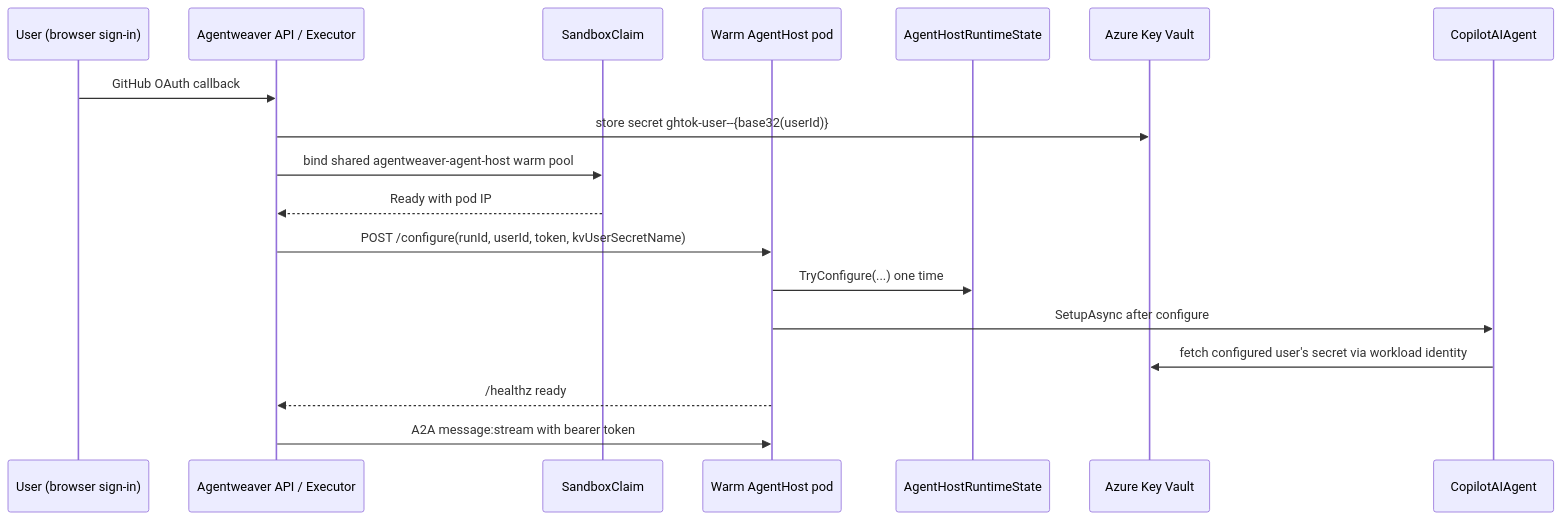
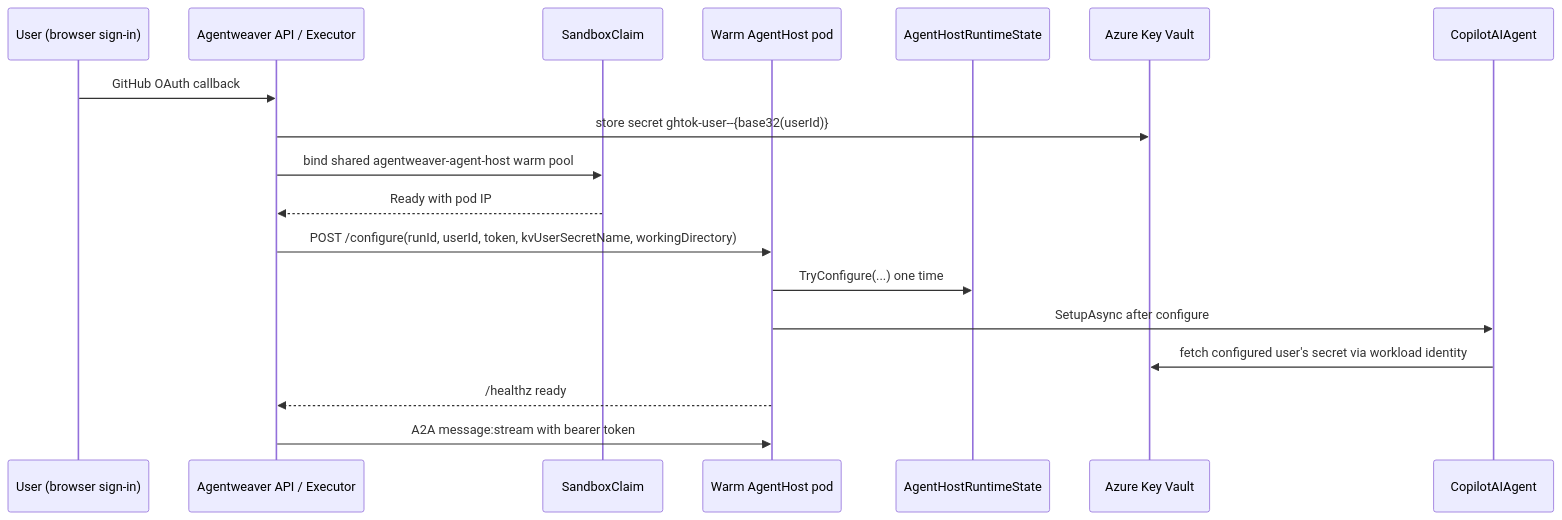
Before and after one commit to sabbour/agentweaver: the diagram in docs/deep-dive/agent-token-delivery.md, drawn with Mermaid. The commit also changed other lines of this file and 7 other files, not shown here.

Commit message:
docs: document per-run workingDirectory delivery via /configure

````diff
--- a/docs/deep-dive/agent-token-delivery.md
+++ b/docs/deep-dive/agent-token-delivery.md
@@ -29,21 +29,21 @@
 ```mermaid
 sequenceDiagram
     participant User as User (browser sign-in)
     participant API as Agentweaver API / Executor
     participant Claim as SandboxClaim
     participant Pod as Warm AgentHost pod
     participant State as AgentHostRuntimeState
     participant KV as Azure Key Vault
     participant Agent as CopilotAIAgent
 
     User->>API: GitHub OAuth callback
     API->>KV: store secret ghtok-user--{base32(userId)}
     API->>Claim: bind shared agentweaver-agent-host warm pool
     Claim-->>API: Ready with pod IP
-    API->>Pod: POST /configure(runId, userId, token, kvUserSecretName)
+    API->>Pod: POST /configure(runId, userId, token, kvUserSecretName, workingDirectory)
     Pod->>State: TryConfigure(...) one time
     Pod->>Agent: SetupAsync after configure
     Agent->>KV: fetch configured user's secret via workload identity
     Pod-->>API: /healthz ready
     API->>Pod: A2A message:stream with bearer token
 ```
````
